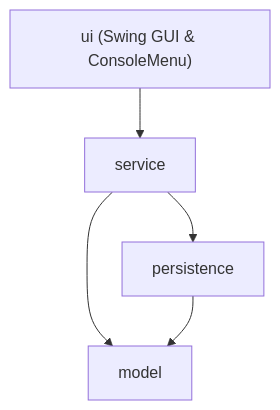
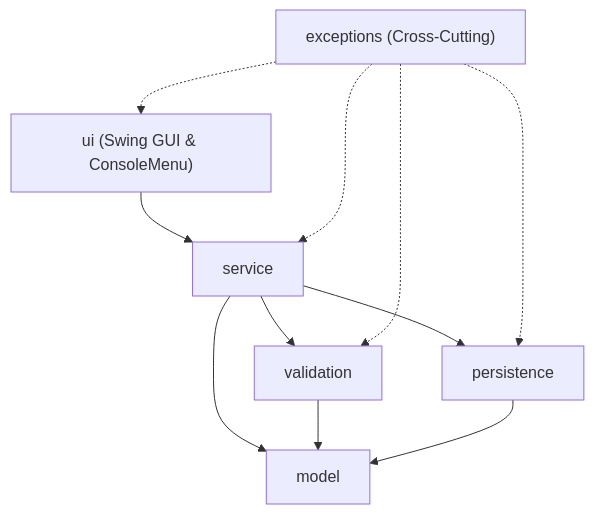
One commit to mlanderoc/Taller-2-GameZoneUnicesar- changed the diagram in README.md. Above: the diagram before and after it, drawn with Mermaid. The commit also changed other lines of this file, not shown here.

Commit message:
docs: update README architecture and repository tree with exceptions and validation layers

````diff
--- a/README.md
+++ b/README.md
@@ -22,7 +24,13 @@
 ```mermaid
 flowchart TD
     UI["ui (Swing GUI & ConsoleMenu)"] --> SERVICE["service"]
+    SERVICE --> VALIDATION["validation"]
     SERVICE --> PERSISTENCE["persistence"]
     SERVICE --> MODEL["model"]
+    VALIDATION --> MODEL
     PERSISTENCE --> MODEL
+    EXCEPTIONS["exceptions (Cross-Cutting)"] -.-> UI
+    EXCEPTIONS -.-> SERVICE
+    EXCEPTIONS -.-> VALIDATION
+    EXCEPTIONS -.-> PERSISTENCE
 ```
````
